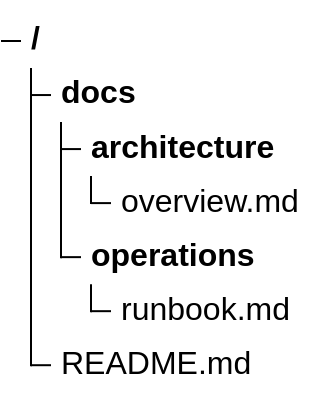
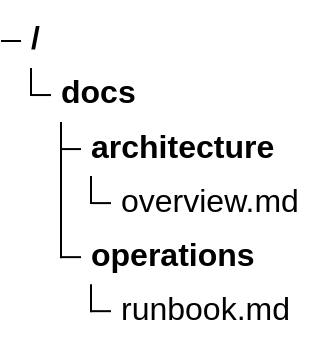
Before and after one commit to mols3131d/mols-agent-assets: the third of 4 diagrams in src/rulesync/.rulesync/skills/mols-mermaid-diagram/references/examples/tree-view.md, drawn with Mermaid. The commit also changed other lines of this file, not shown here.

Commit message:
docs(mermaid): refine tree view structural input semantics

````diff
--- a/src/rulesync/.rulesync/skills/mols-mermaid-diagram/references/examples/tree-view.md
+++ b/src/rulesync/.rulesync/skills/mols-mermaid-diagram/references/examples/tree-view.md
@@ -62,9 +62,8 @@
 ```mermaid
 treeView-beta
-├── docs/
-│   ├── architecture/
-│   │   └── overview.md
-│   └── operations/
-│       └── runbook.md
-└── README.md
+docs/
+├── architecture/
+│   └── overview.md
+└── operations/
+    └── runbook.md
 ```
````
